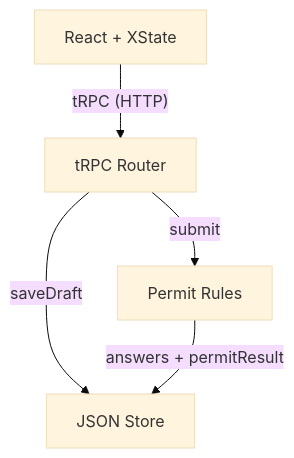
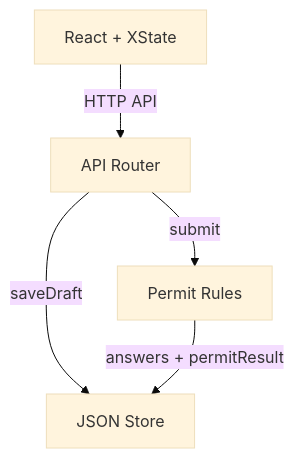
One commit to kalebjdavenport/permit-scope changed the first of 2 diagrams in ARCHITECTURE.md. Above: the diagram before and after it, drawn with Mermaid (base theme). The commit also changed other lines of this file and 17 other files, not shown here.

````diff
--- a/ARCHITECTURE.md
+++ b/ARCHITECTURE.md
@@ -5,7 +5,7 @@
 ```mermaid
 graph TD
-  React["React + XState"] -->|"tRPC (HTTP)"| Router["tRPC Router"]
+  React["React + XState"] -->|HTTP API| Router["API Router"]
   Router -->|saveDraft| Store["JSON Store"]
   Router -->|submit| Rules["Permit Rules"]
   Rules -->|"answers + permitResult"| Store
 ```
````
